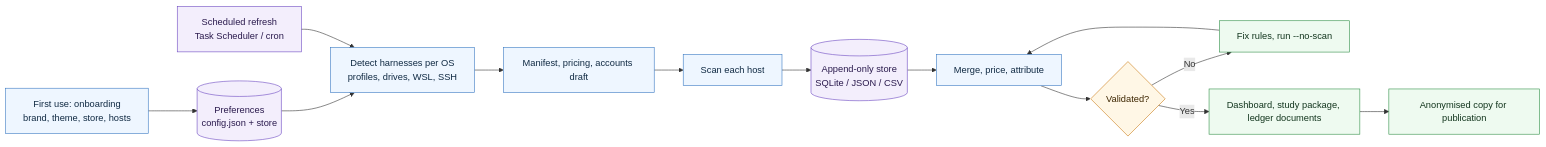
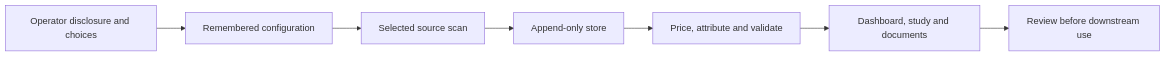
Before and after one commit to CompleteTech-LLC/ai-usage-ledger-skill: the diagram in README.md, drawn with Mermaid. The commit also changed other lines of this file and 11 other files, not shown here.

Commit message:
feat: align ledger onboarding, branding handoffs and cross-platform package checks

````diff
--- a/README.md
+++ b/README.md
@@ -29,23 +45,9 @@
 ```mermaid
 flowchart LR
-  O[First use: onboarding<br/>brand, theme, store, hosts] --> P[(Preferences<br/>config.json + store)]
-  A[Detect harnesses per OS<br/>profiles, drives, WSL, SSH] --> B[Manifest, pricing, accounts draft]
-  P --> A
-  B --> C[Scan each host]
-  C --> S[(Append-only store<br/>SQLite / JSON / CSV)]
-  S --> D[Merge, price, attribute]
-  D --> E{Validated?}
-  E -->|No| F[Fix rules, run --no-scan]
-  F --> D
-  E -->|Yes| G[Dashboard, study package, ledger documents]
-  G --> H[Anonymised copy for publication]
-  T[Scheduled refresh<br/>Task Scheduler / cron] --> A
-  classDef source fill:#eef6ff,stroke:#3778c2,color:#102a43;
-  classDef gate fill:#fff7e6,stroke:#c97a12,color:#3d2600;
-  classDef output fill:#eefaf0,stroke:#2f8f46,color:#12351d;
-  classDef store fill:#f3eefc,stroke:#6b46c1,color:#2a1a4d;
-  class O,A,B,C,D source;
-  class E gate;
-  class F,G,H output;
-  class P,S,T store;
+  A[Operator disclosure and choices] --> B[Remembered configuration]
+  B --> C[Selected source scan]
+  C --> D[Append-only store]
+  D --> E[Price, attribute and validate]
+  E --> F[Dashboard, study and documents]
+  F --> G[Review before downstream use]
 ```
````
